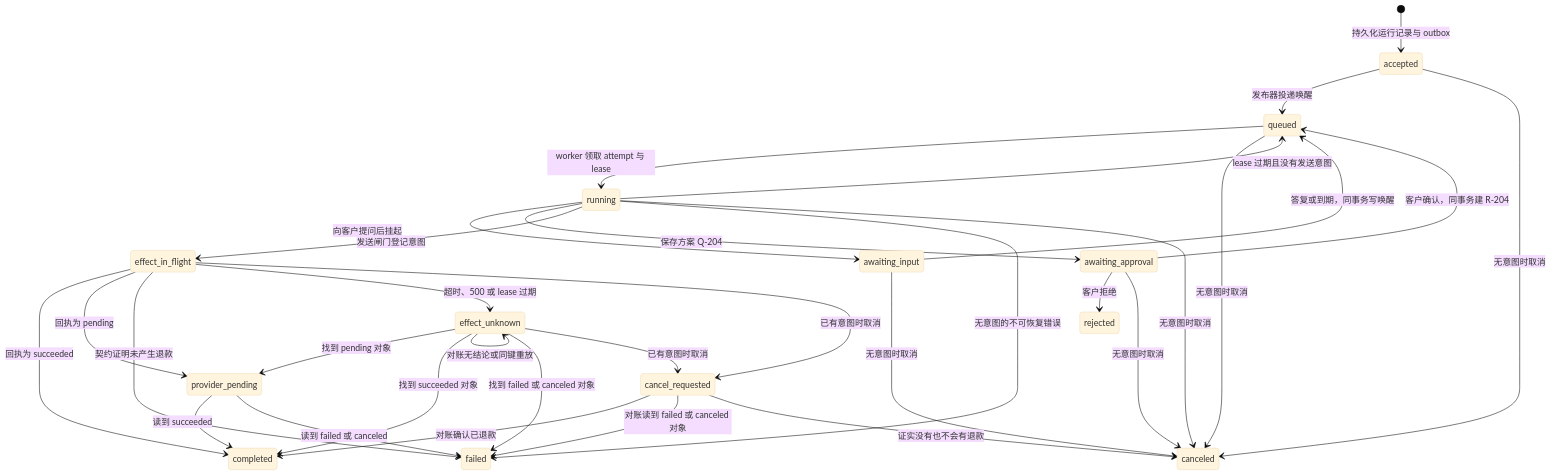
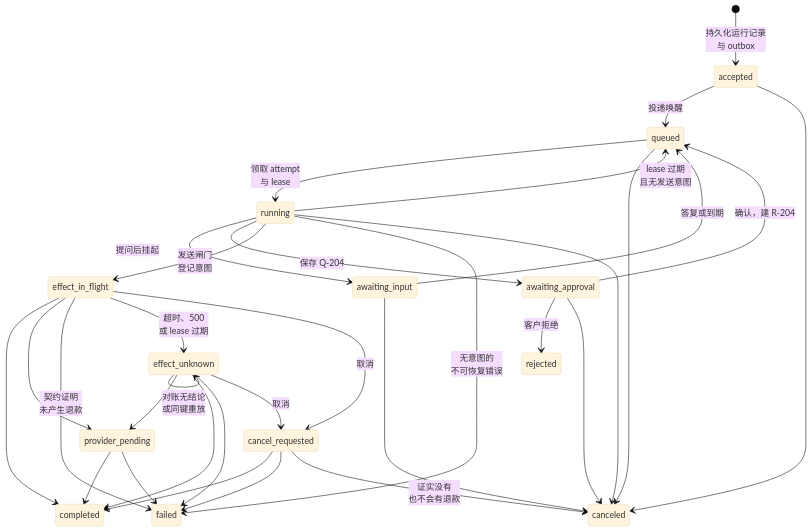
Before and after one commit to Negronii/MyNotes: the first of 2 diagrams in ai-engineering/runs/run-identity-and-authoritative-state.md, drawn with Mermaid (base theme). The commit also changed other lines of this file and 220 other files, not shown here.

First line of the commit message:
Replace prose-heavy explanations with figures and fix existing diagrams

````diff
--- a/ai-engineering/runs/run-identity-and-authoritative-state.md
+++ b/ai-engineering/runs/run-identity-and-authoritative-state.md
@@ -78,34 +73,34 @@
 ```mermaid
 stateDiagram-v2
-    [*] --> accepted: 持久化运行记录与 outbox
-    accepted --> queued: 发布器投递唤醒
-    queued --> running: worker 领取 attempt 与 lease
-    running --> queued: lease 过期且没有发送意图
-    running --> awaiting_input: 向客户提问后挂起
-    awaiting_input --> queued: 答复或到期，同事务写唤醒
-    running --> awaiting_approval: 保存方案 Q-204
-    awaiting_approval --> queued: 客户确认，同事务建 R-204
+    [*] --> accepted: 持久化运行记录<br/>与 outbox
+    accepted --> queued: 投递唤醒
+    queued --> running: 领取 attempt<br/>与 lease
+    running --> queued: lease 过期<br/>且无发送意图
+    running --> awaiting_input: 提问后挂起
+    awaiting_input --> queued: 答复或到期
+    running --> awaiting_approval: 保存 Q-204
+    awaiting_approval --> queued: 确认，建 R-204
     awaiting_approval --> rejected: 客户拒绝
-    running --> effect_in_flight: 发送闸门登记意图
-    running --> failed: 无意图的不可恢复错误
-    effect_in_flight --> completed: 回执为 succeeded
-    effect_in_flight --> provider_pending: 回执为 pending
-    effect_in_flight --> failed: 契约证明未产生退款
-    effect_in_flight --> effect_unknown: 超时、500 或 lease 过期
-    effect_unknown --> effect_unknown: 对账无结论或同键重放
-    effect_unknown --> provider_pending: 找到 pending 对象
-    effect_unknown --> completed: 找到 succeeded 对象
-    effect_unknown --> failed: 找到 failed 或 canceled 对象
-    provider_pending --> completed: 读到 succeeded
-    provider_pending --> failed: 读到 failed 或 canceled
-    effect_in_flight --> cancel_requested: 已有意图时取消
-    effect_unknown --> cancel_requested: 已有意图时取消
-    cancel_requested --> completed: 对账确认已退款
-    cancel_requested --> failed: 对账读到 failed 或 canceled 对象
-    cancel_requested --> canceled: 证实没有也不会有退款
-    accepted --> canceled: 无意图时取消
-    queued --> canceled: 无意图时取消
-    running --> canceled: 无意图时取消
-    awaiting_input --> canceled: 无意图时取消
-    awaiting_approval --> canceled: 无意图时取消
+    running --> effect_in_flight: 发送闸门<br/>登记意图
+    running --> failed: 无意图的<br/>不可恢复错误
+    effect_in_flight --> completed
+    effect_in_flight --> provider_pending
+    effect_in_flight --> failed: 契约证明<br/>未产生退款
+    effect_in_flight --> effect_unknown: 超时、500<br/>或 lease 过期
+    effect_unknown --> effect_unknown: 对账无结论<br/>或同键重放
+    effect_unknown --> provider_pending
+    effect_unknown --> completed
+    effect_unknown --> failed
+    provider_pending --> completed
+    provider_pending --> failed
+    effect_in_flight --> cancel_requested: 取消
+    effect_unknown --> cancel_requested: 取消
+    cancel_requested --> completed
+    cancel_requested --> failed
+    cancel_requested --> canceled: 证实没有<br/>也不会有退款
+    accepted --> canceled
+    queued --> canceled
+    running --> canceled
+    awaiting_input --> canceled
+    awaiting_approval --> canceled
 ```
````
